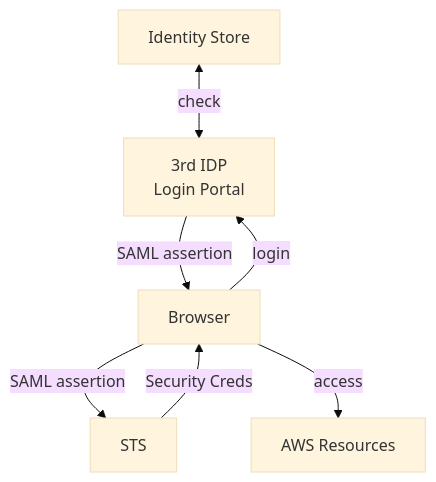
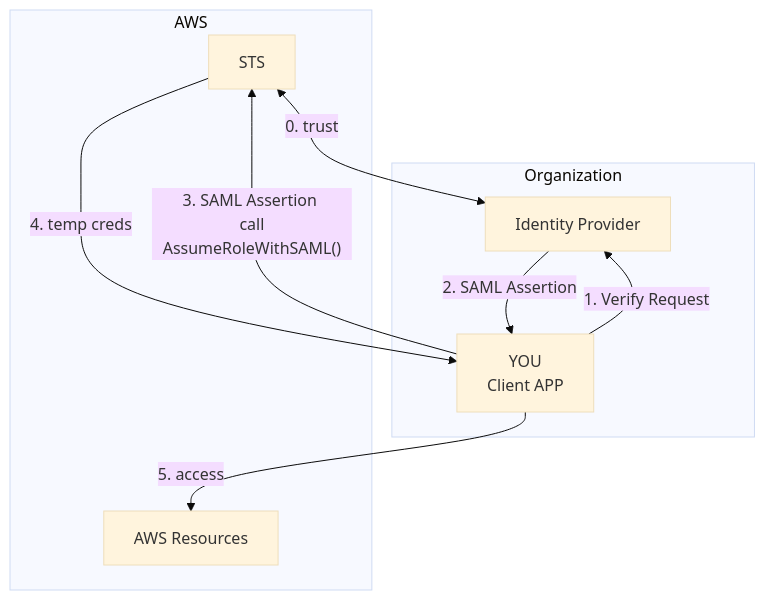
Before and after one commit to cool21540125/documentation-notes: the third of 13 diagrams in aws/iam.md, drawn with Mermaid (base theme). The commit also changed other lines of this file and 1 other file, not shown here.

Commit message:
AWS saa IAM - STS 亂成一團的筆記(但概念我懂了-暫時懶得整理)

````diff
--- a/aws/iam.md
+++ b/aws/iam.md
@@ -225,13 +243,19 @@
 ```mermaid
 flowchart TB
 
-is["Identity Store"]
-3rd["3rd IDP \n Login Portal"]
+STS <-- "0. trust" --> IdP;
 
-is <-- check --> 3rd;
-Browser -- login --> 3rd;
-3rd -- SAML assertion --> Browser;
-Browser -- SAML assertion --> STS;
-STS -- Security Creds --> Browser;
-Browser -- access --> aws["AWS Resources"]
+subgraph org["Organization"]
+    user["YOU \n Client APP"]
+    user -- "1. Verify Request" --> IdP["Identity Provider"]
+    IdP -- "2. SAML Assertion" --> user;
+end
+subgraph AWS
+    STS
+    rr["AWS Resources"]
+end
+
+user -- "3. SAML Assertion \n call AssumeRoleWithSAML()" --> STS;
+STS -- "4. temp creds" --> user;
+user -- "5. access" --> rr
 ```
````
